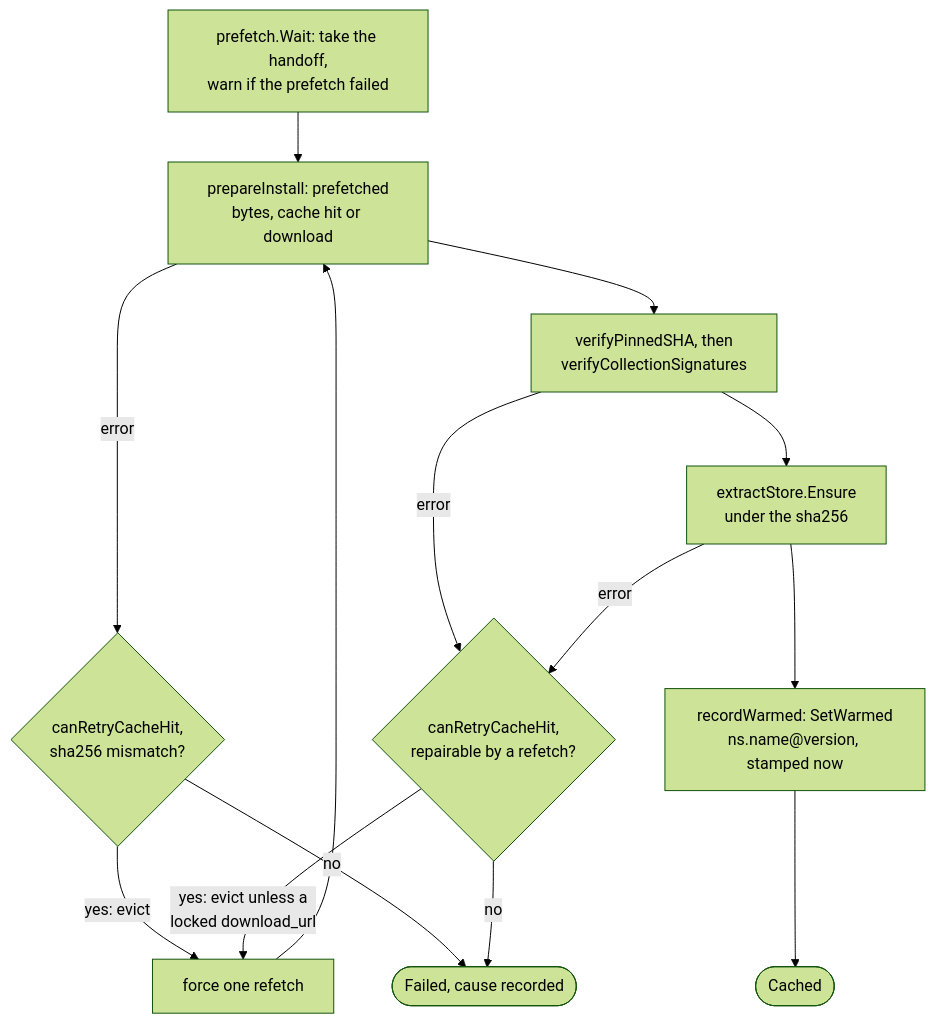
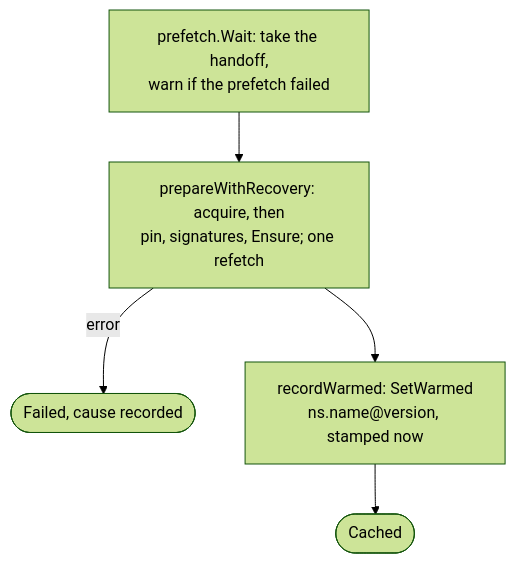
The fifth of 6 diagrams in docs/internals/flow-warm.md (greeddj/go-galaxy), drawn with Mermaid (forest theme) before and after one commit. The commit also changed other lines of this file and 36 other files, not shown here.

````diff
--- a/docs/internals/flow-warm.md
+++ b/docs/internals/flow-warm.md
@@ -108,16 +103,7 @@
 ```mermaid
 flowchart TD
-    H["prefetch.Wait: take the handoff,<br/>warn if the prefetch failed"] --> P["prepareInstall: prefetched<br/>bytes, cache hit or download"]
-    P -->|"error"| E1{"canRetryCacheHit,<br/>sha256 mismatch?"}
-    P --> V["verifyPinnedSHA, then<br/>verifyCollectionSignatures"]
-    V --> EN["extractStore.Ensure<br/>under the sha256"]
-    EN --> REC["recordWarmed: SetWarmed<br/>ns.name@version, stamped now"]
+    H["prefetch.Wait: take the handoff,<br/>warn if the prefetch failed"] --> P["prepareWithRecovery: acquire, then<br/>pin, signatures, Ensure; one refetch"]
+    P -->|"error"| FL(["Failed, cause recorded"])
+    P --> REC["recordWarmed: SetWarmed<br/>ns.name@version, stamped now"]
     REC --> OK(["Cached"])
-    V -->|"error"| E2{"canRetryCacheHit,<br/>repairable by a refetch?"}
-    EN -->|"error"| E2
-    E1 -->|"yes: evict"| EV["force one refetch"]
-    E2 -->|"yes: evict unless a<br/>locked download_url"| EV
-    EV --> P
-    E1 -->|"no"| FL(["Failed, cause recorded"])
-    E2 -->|"no"| FL
 ```
````
